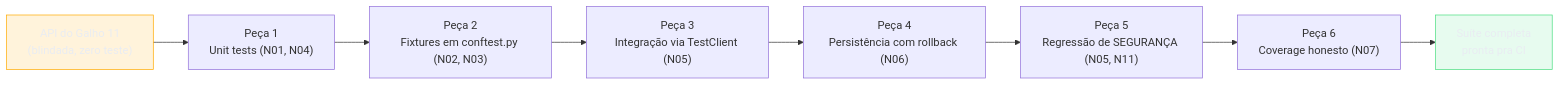
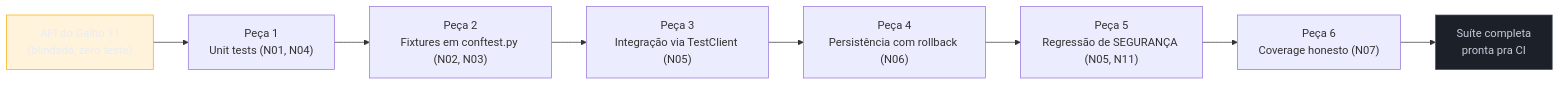
The first of 4 diagrams in 03-Dominios/Tecnologia/Python/Testes/09 - Capstone — a suíte de testes da API de Tarefas.md (josenaldo/codex-technomanticus), drawn with Mermaid before and after one commit. The commit also changed other lines of this file and 601 other files, not shown here.

````diff
--- a/03-Dominios/Tecnologia/Python/Testes/09 - Capstone — a suíte de testes da API de Tarefas.md
+++ b/03-Dominios/Tecnologia/Python/Testes/09 - Capstone — a suíte de testes da API de Tarefas.md
@@ -35,15 +35,15 @@
 ```mermaid
 flowchart LR
+    classDef neutro fill:#1B2029,stroke:#4E5666,color:#C6CCD8
     classDef destaque fill:#FFAA0024,stroke:#FFAA00,color:#E9ECF2
-    classDef ok fill:#4ADE8021,stroke:#4ADE80,color:#E9ECF2
     G11["API do Galho 11\n(blindada, zero teste)"] --> P1["Peça 1\nUnit tests (N01, N04)"]
     P1 --> P2["Peça 2\nFixtures em conftest.py (N02, N03)"]
     P2 --> P3["Peça 3\nIntegração via TestClient (N05)"]
     P3 --> P4["Peça 4\nPersistência com rollback (N06)"]
     P4 --> P5["Peça 5\nRegressão de SEGURANÇA (N05, N11)"]
     P5 --> P6["Peça 6\nCoverage honesto (N07)"]
     P6 --> SUITE["Suíte completa\npronta pra CI"]
 
     class G11 destaque
-    class SUITE ok
+    class SUITE neutro
 ```
````
